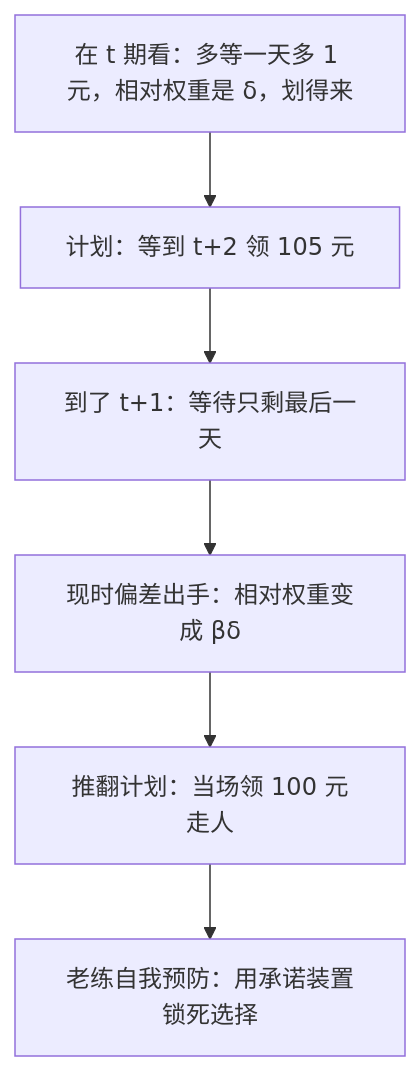
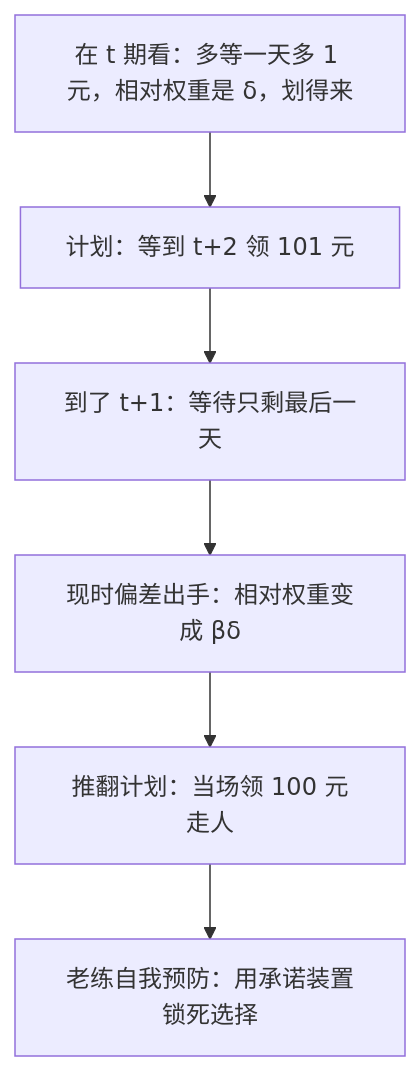
The second of 2 diagrams in docs/econ/hyperbolic-present-bias.md (xhongduo-tech/xhongduo-tech.github.io), drawn with Mermaid before and after one commit. The commit also changed other lines of this file and 2 other files, not shown here.

Commit message:
Content review econ-176: family-pyramid voting 50 percent matches the 12.5 percent terminal cash flow, present-bias example pays 101 with the discount rounded to 80.0, and the life-cycle summary writes S=sY; the closing marginnotes are the site's recapitulation style.

````diff
--- a/docs/econ/hyperbolic-present-bias.md
+++ b/docs/econ/hyperbolic-present-bias.md
@@ -50,8 +50,8 @@
 ```mermaid
 flowchart TD
-  T0["在 t 期看：多等一天多 1 元，相对权重是 δ，划得来"] --> PLAN["计划：等到 t+2 领 105 元"]
+  T0["在 t 期看：多等一天多 1 元，相对权重是 δ，划得来"] --> PLAN["计划：等到 t+2 领 101 元"]
   PLAN --> T1["到了 t+1：等待只剩最后一天"]
   T1 --> PB["现时偏差出手：相对权重变成 βδ"]
   PB --> REV["推翻计划：当场领 100 元走人"]
   REV --> FIX["老练自我预防：用承诺装置锁死选择"]
 ```
````
